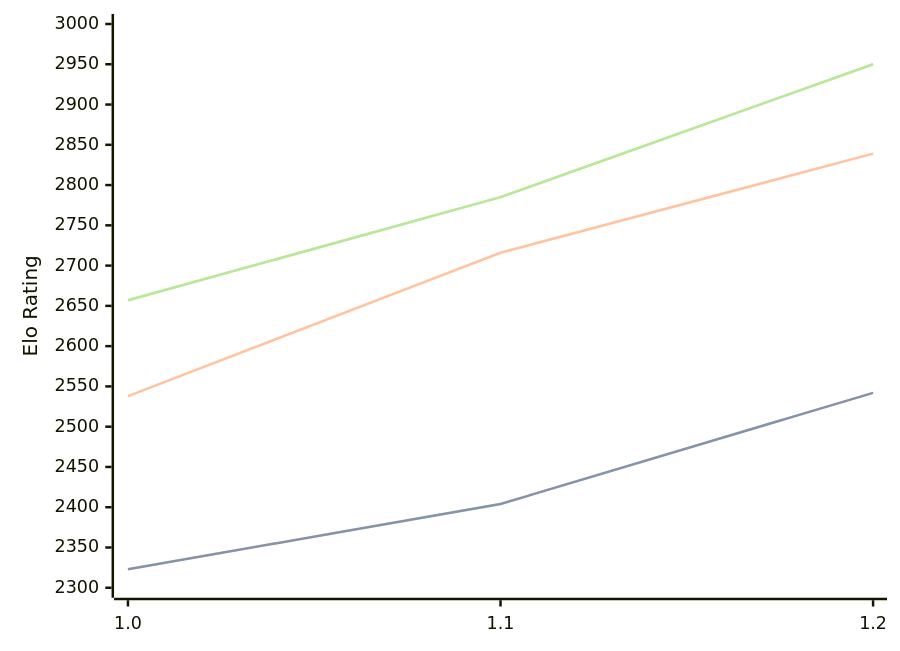
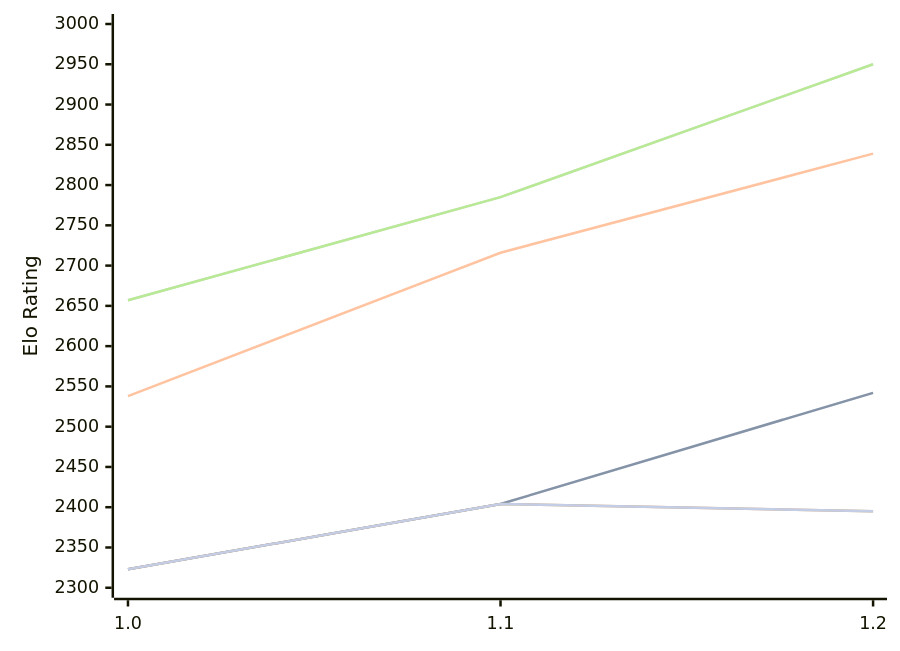
Before and after one commit to computer-chess-index/cci: the diagram in engines/FoxChess.md, drawn with Mermaid. The commit also changed other lines of this file, not shown here.

Commit message:
Update CCI Ratings (ELO VLTC) - 2026-10-11

````diff
--- a/engines/FoxChess.md
+++ b/engines/FoxChess.md
@@ -49,16 +49,13 @@
 ```mermaid
 %%{init: {"theme":"base","themeVariables":{"seriesColors:['#a3a3a3','#222221','#faa371']}}}%%
 xychart-beta
   x-axis ["1.0", "1.1", "1.2"]
   y-axis "Elo Rating" 2300 --> 3000
   line "" [2323, 2404, 2542]
   line "T1: STC (8.0+0.08s)" [2323, 2404, 2542]
   line "T1: LTC (60.0+0.60s)" [2538, 2716, 2839]
   line "" [2657, 2785, 2950]
   line "T1: VLTC (2m24s+1.12s)" [2657, 2785, 2950]
-  line "" [2377]
-  line "E1: STC (8.0+0.08s)" [2377]
-  line "E1: LTC (60.0+0.60s)" [2757]
-  line "" [2849]
-  line "E1: VLTC (2m24s+1.12s)" [2849]
+  line "" [2323, 2404,2395]
+  line "E1: STC (8.0+0.08s)" [2323, 2404,2395]
 ```
````
